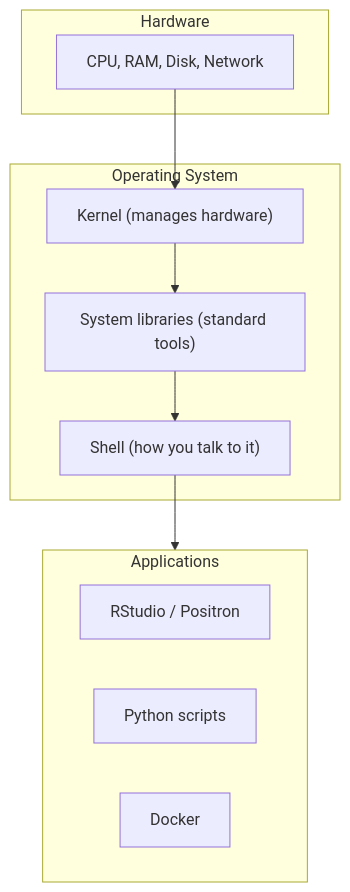
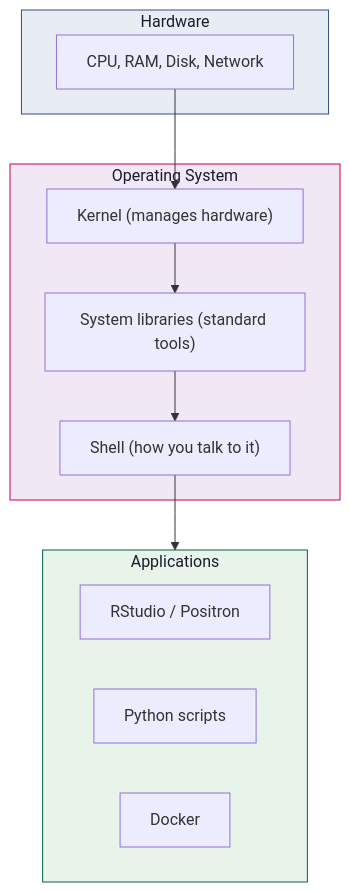
One commit to Ch3w3y/docker_gcp changed the first of 2 diagrams in docs/what-is-linux.md. Above: the diagram before and after it, drawn with Mermaid. The commit also changed other lines of this file and 3 other files, not shown here.

First line of the commit message:
fix(a11y): add node styles to remaining unstyled diagrams

````diff
--- a/docs/what-is-linux.md
+++ b/docs/what-is-linux.md
@@ -17,21 +17,24 @@
 ```mermaid
 flowchart TD
     subgraph Hardware
         H["CPU, RAM, Disk, Network"]
     end
 
     subgraph OS["Operating System"]
         K["Kernel (manages hardware)"]
         L["System libraries (standard tools)"]
         S["Shell (how you talk to it)"]
     end
 
     subgraph Apps["Applications"]
         R["RStudio / Positron"]
         P["Python scripts"]
         D["Docker"]
     end
 
     H --> K --> L --> S
     S --> Apps
+    style Hardware fill:#e8edf4,stroke:#325083,color:#1a1a2e
+    style OS fill:#f0e8f4,stroke:#c60158,color:#1a1a2e
+    style Apps fill:#e8f4ea,stroke:#065f46,color:#1a1a2e
 ```
````
